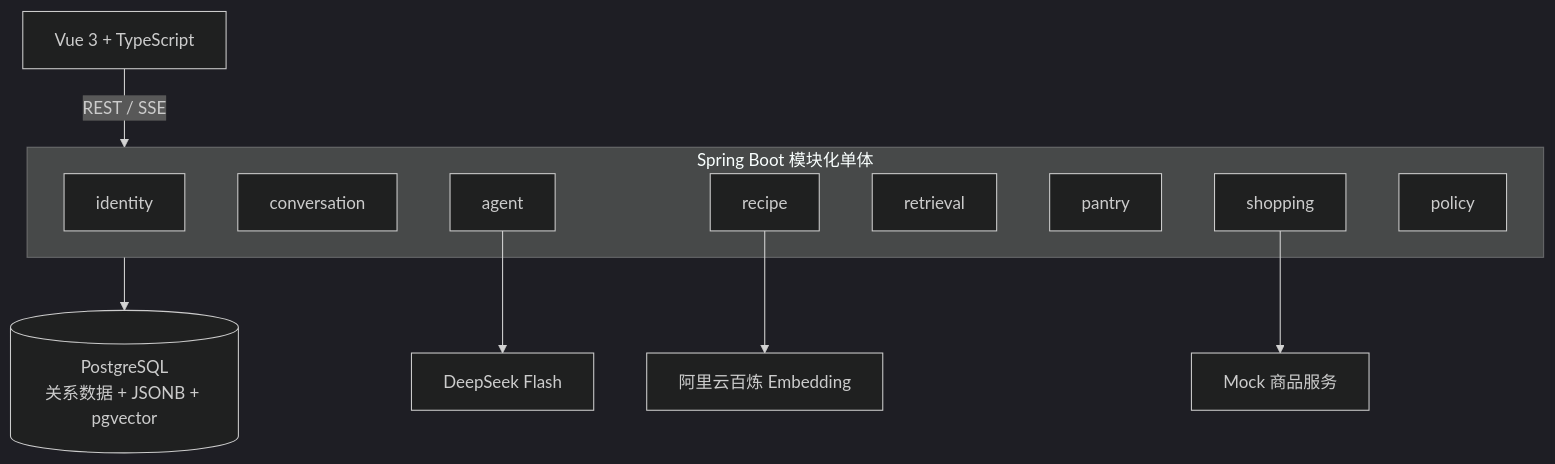
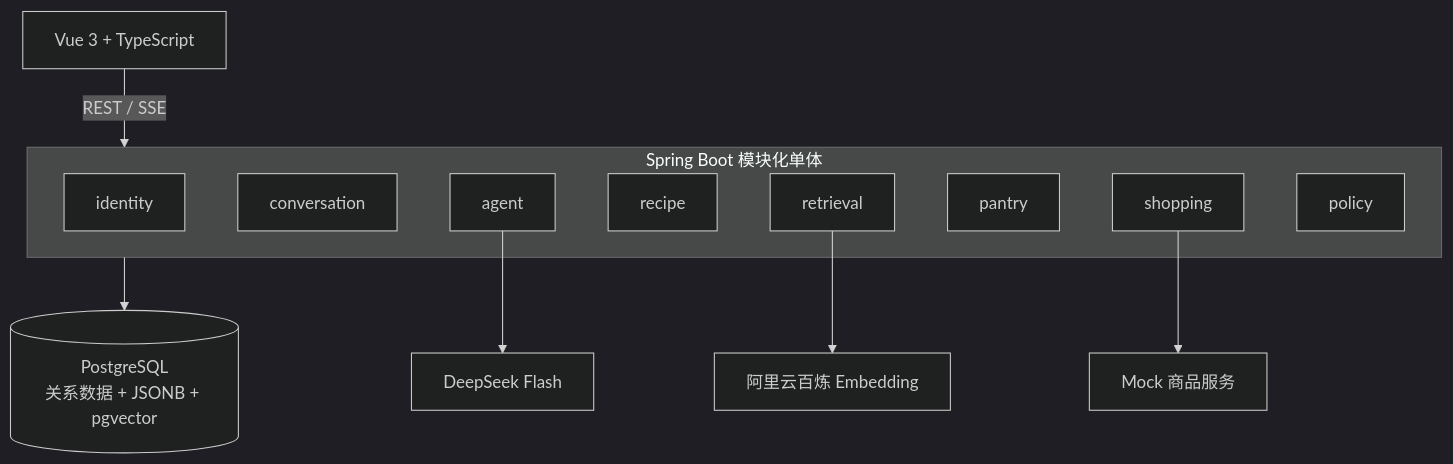
Before and after one commit to Omelet-code/AI_Cooker: the diagram in 技术文档.md, drawn with Mermaid (dark theme). The commit also changed other lines of this file and 5 other files, not shown here.

````diff
--- a/技术文档.md
+++ b/技术文档.md
@@ -117,26 +117,26 @@
 ```mermaid
 flowchart TB
     UI[Vue 3 + TypeScript]
 
     subgraph Backend[Spring Boot 模块化单体]
         Identity[identity]
         Conversation[conversation]
         Agent[agent]
         Recipe[recipe]
         Retrieval[retrieval]
         Pantry[pantry]
         Shopping[shopping]
         Policy[policy]
     end
 
     DB[(PostgreSQL<br/>关系数据 + JSONB + pgvector)]
     DeepSeek[DeepSeek Flash]
     Bailian[阿里云百炼 Embedding]
     Goods[Mock 商品服务]
 
     UI -->|REST / SSE| Backend
     Backend --> DB
     Agent --> DeepSeek
-    Recipe --> Bailian
+    Retrieval --> Bailian
     Shopping --> Goods
 ```
````
